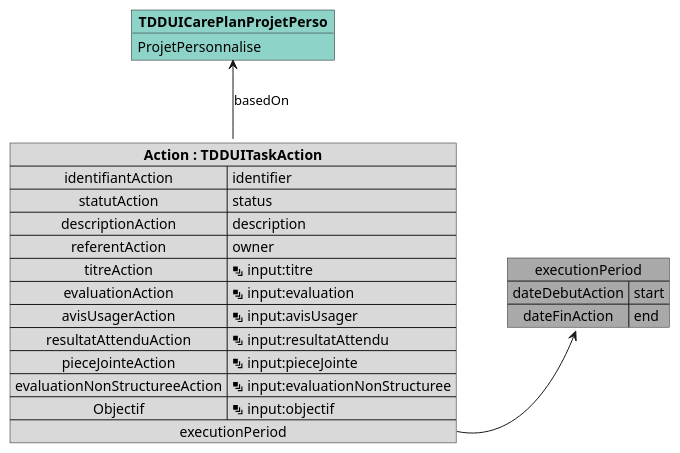
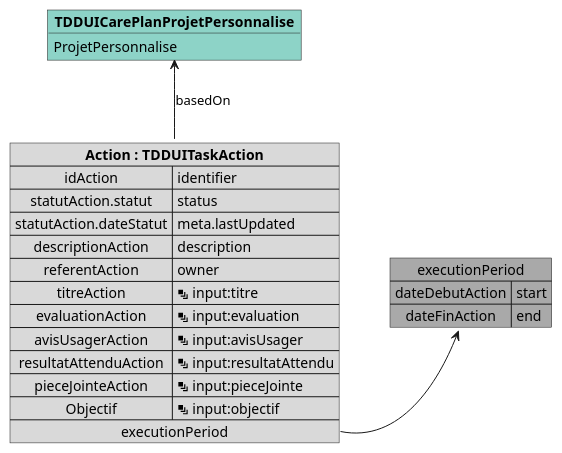
The diagram in input/images-source/mapping_TDDUITaskAction.plantuml (ansforge/IG-fhir-medicosocial-transfert-donnees-dui), drawn with PlantUML before and after one commit. The commit also changed 24 other files, not shown here.

```diff
--- a/input/images-source/mapping_TDDUITaskAction.plantuml
+++ b/input/images-source/mapping_TDDUITaskAction.plantuml
@@ -1,29 +1,29 @@
 @startuml
 
 map "executionPeriod" as executionPeriod #DarkGray {
     dateDebutAction => start
     dateFinAction => end
 }
 
-object "**TDDUICarePlanProjetPerso**" as TDDUICarePlanProjetPerso_basedOn #8dd3c7 {
+object "**TDDUICarePlanProjetPersonnalise**" as TDDUICarePlanProjetPersonnalise_basedOn #8dd3c7 {
     ProjetPersonnalise
 }
 
 map "**Action : TDDUITaskAction**" as Action #d9d9d9 {
-    identifiantAction => identifier
-    statutAction => status
+    idAction => identifier
+    statutAction.statut => status
+    statutAction.dateStatut => meta.lastUpdated
     descriptionAction => description
     referentAction => owner
     titreAction => <&layers> input:titre
     evaluationAction => <&layers> input:evaluation
     avisUsagerAction => <&layers> input:avisUsager
     resultatAttenduAction => <&layers> input:resultatAttendu
     pieceJointeAction => <&layers> input:pieceJointe
-    evaluationNonStructureeAction => <&layers> input:evaluationNonStructuree
     Objectif => <&layers> input:objectif
     executionPeriod *-> executionPeriod
 }
 
-Action -u-> TDDUICarePlanProjetPerso_basedOn : basedOn
+Action -u-> TDDUICarePlanProjetPersonnalise_basedOn : basedOn
 
 @enduml
```
